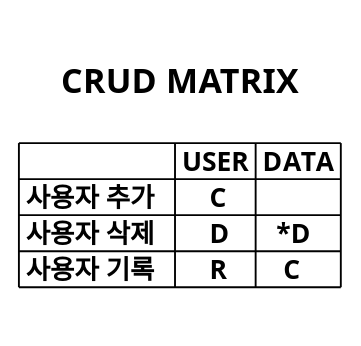
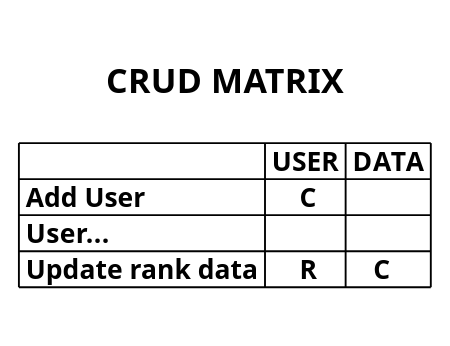
The diagram in documents/crud_matrix.puml (GC211MP/API), drawn with PlantUML before and after one commit.

Commit message:
[M] Modify CRUD Matrix (Kor->Eng, modify user api)

```diff
--- a/documents/crud_matrix.puml
+++ b/documents/crud_matrix.puml
@@ -1,18 +1,18 @@
 @startuml crud
 
 ' https://raw.githubusercontent.com/GC211MP/API/main/documents/crud_matrix.puml
 
 title
   
   =CRUD MATRIX
 
-  |             |= USER |= DATA |
-  |= 사용자 추가   |     C |       |
-  |= 사용자 삭제   |     D |   *D  |
-  |= 사용자 기록   |     R |    C  |
+  |                   |= USER |= DATA |
+  |= Add User         |     C |       |
+  |= User...          |       |       |
+  |= Update rank data |     R |    C  |
   
 end title
 
 
 
 @enduml
```
